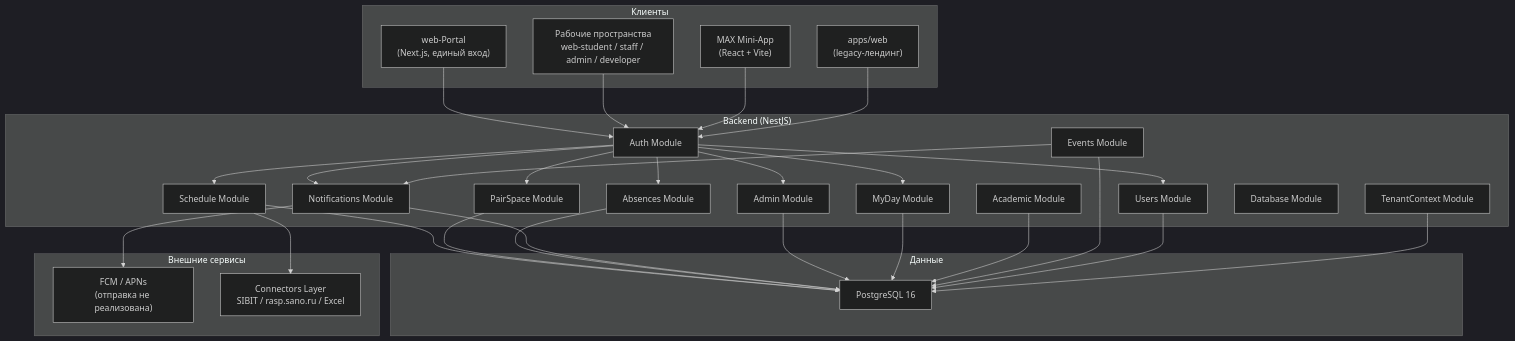
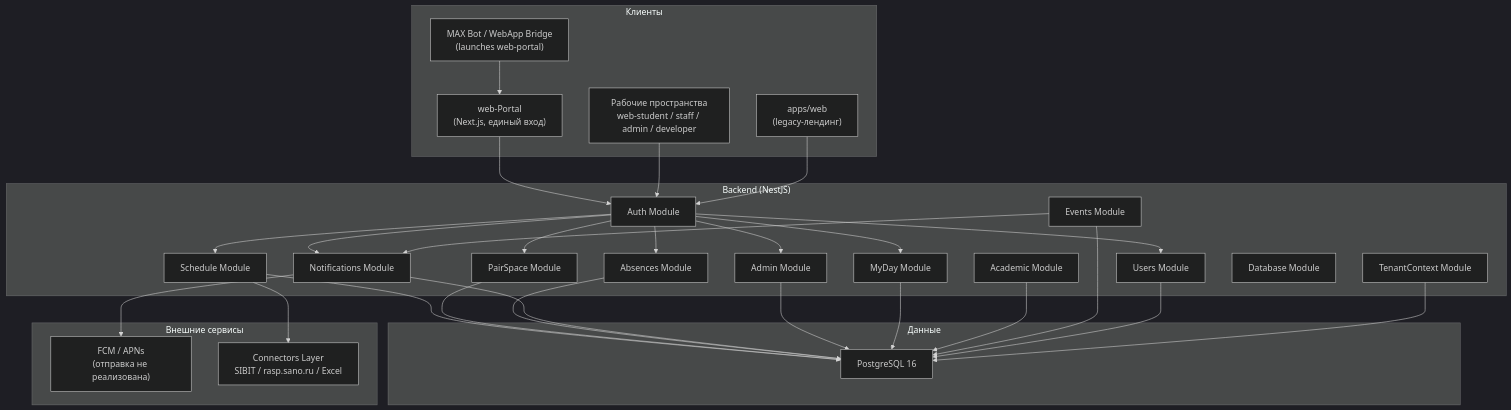
Before and after one commit to DeminLab/NaPare: the first of 3 diagrams in docs/architecture/system-overview.md, drawn with Mermaid (dark theme). The commit also changed 257 other files, not shown here.

````diff
--- a/docs/architecture/system-overview.md
+++ b/docs/architecture/system-overview.md
@@ -5,61 +5,61 @@
 ```mermaid
 graph TB
     subgraph Clients["Клиенты"]
         Portal["web-Portal<br/>(Next.js, единый вход)"]
         Web["Рабочие пространства<br/>web-student / staff / admin / developer"]
-        MAX["MAX Mini-App<br/>(React + Vite)"]
+        MAX["MAX Bot / WebApp Bridge<br/>(launches web-portal)"]
         Legacy["apps/web<br/>(legacy-лендинг)"]
     end
 
     subgraph Backend["Backend (NestJS)"]
         Auth["Auth Module"]
         Users["Users Module"]
         Schedule["Schedule Module"]
         PairSpace["PairSpace Module"]
         Absences["Absences Module"]
         Notifications["Notifications Module"]
         Admin["Admin Module"]
         MyDay["MyDay Module"]
         Academic["Academic Module"]
         Events["Events Module"]
         Tenant["TenantContext Module"]
         DBMod["Database Module"]
     end
 
     subgraph Data["Данные"]
         PG["PostgreSQL 16"]
     end
 
     subgraph External["Внешние сервисы"]
         FCM["FCM / APNs<br/>(отправка не реализована)"]
         Connectors["Connectors Layer<br/>SIBIT / rasp.sano.ru / Excel"]
     end
 
     Portal --> Auth
     Web --> Auth
-    MAX --> Auth
+    MAX --> Portal
     Legacy --> Auth
 
     Auth --> Users
     Auth --> Schedule
     Auth --> PairSpace
     Auth --> Absences
     Auth --> Notifications
     Auth --> Admin
     Auth --> MyDay
 
     Schedule --> PG
     PairSpace --> PG
     Absences --> PG
     Notifications --> PG
     Admin --> PG
     MyDay --> PG
     Academic --> PG
     Events --> PG
     Users --> PG
     Tenant --> PG
 
     Notifications --> FCM
     Schedule --> Connectors
     Events --> Notifications
 ```
````
